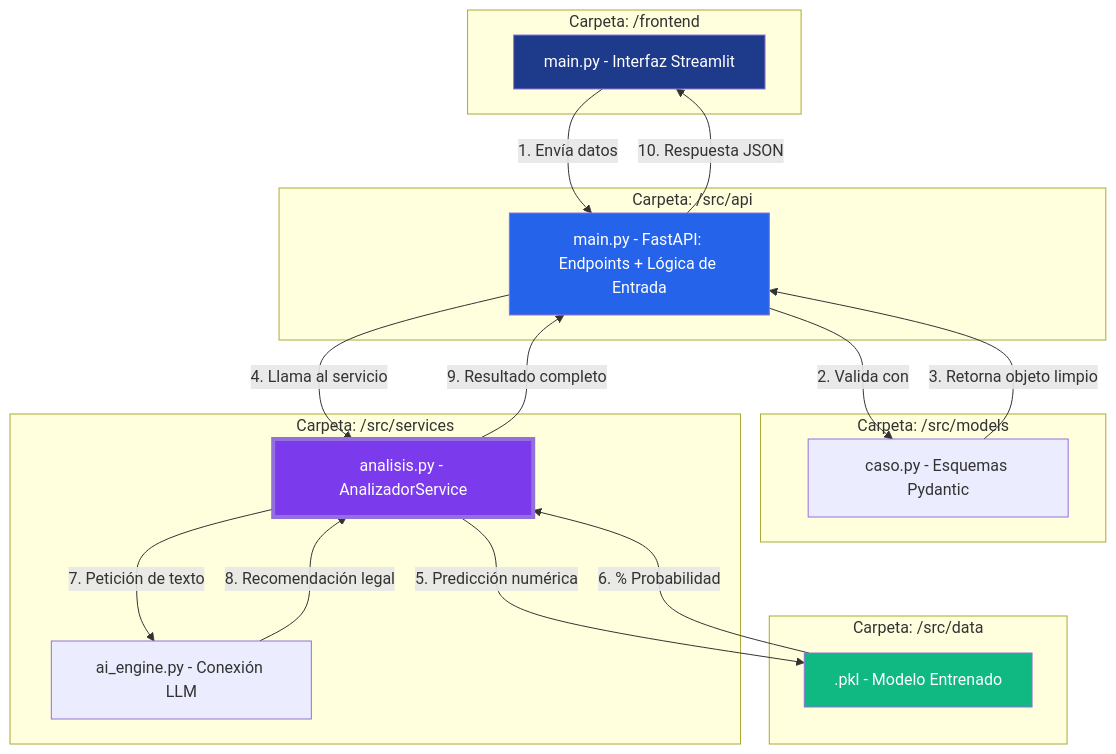
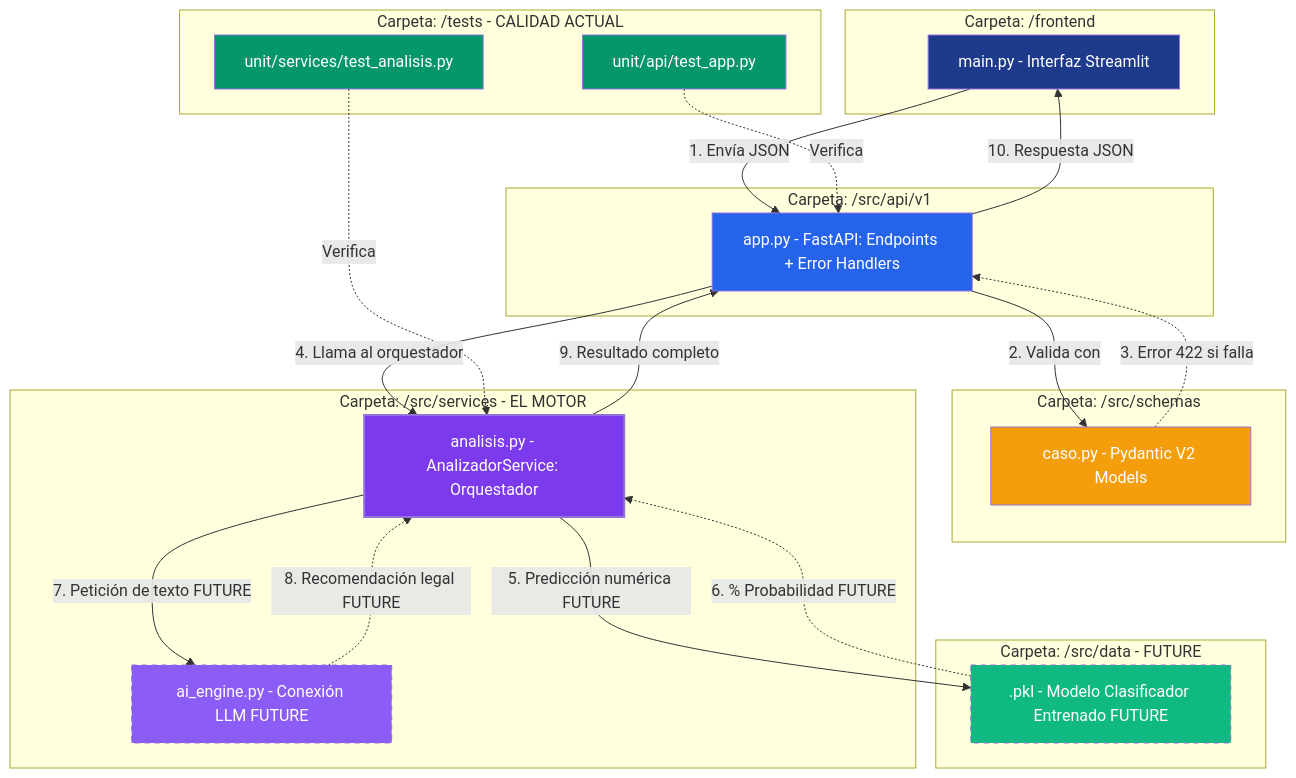
One commit to lmatsan/juezIA changed the diagram in src/README.md. Above: the diagram before and after it, drawn with Mermaid.

Commit message:
Update README.md to reflect API structure changes and enhance flow diagrams

````diff
--- a/src/README.md
+++ b/src/README.md
@@ -21,46 +21,60 @@
 ```mermaid
 graph TD
     subgraph Frontend_App [Carpeta: /frontend]
         UI[main.py - Interfaz Streamlit]
     end
 
-    subgraph API_Layer [Carpeta: /src/api]
-        Main[main.py - FastAPI: Endpoints + Lógica de Entrada]
+    subgraph API_Layer [Carpeta: /src/api/v1]
+        Main[app.py - FastAPI: Endpoints + Error Handlers]
     end
 
-    subgraph Data_Models [Carpeta: /src/models]
-        Pyd[caso.py - Esquemas Pydantic]
+    subgraph Data_Validation [Carpeta: /src/schemas]
+        Pyd[caso.py - Pydantic V2 Models]
     end
 
-    subgraph Business_Logic [Carpeta: /src/services]
-        Service[analisis.py - AnalizadorService]
-        AI[ai_engine.py - Conexión LLM]
+    subgraph Business_Logic [Carpeta: /src/services - EL MOTOR]
+        Service[analisis.py - AnalizadorService: Orquestador]
+        AI[ai_engine.py - Conexión LLM FUTURE]
     end
 
-    subgraph ML_Assets [Carpeta: /src/data]
-        Model[.pkl - Modelo Entrenado]
+    subgraph ML_Assets [Carpeta: /src/data - FUTURE]
+        Model[.pkl - Modelo Clasificador Entrenado FUTURE]
     end
 
-    %% Flujo de ejecución corregido
-    UI -->|1. Envía datos| Main
+    subgraph Quality_Assurance [Carpeta: /tests - CALIDAD ACTUAL]
+        T_API[unit/api/test_app.py]
+        T_SRV[unit/services/test_analisis.py]
+    end
+
+    %% Flujo de ejecución actual y futuro
+    UI -->|1. Envía JSON| Main
     Main -->|2. Valida con| Pyd
-    Pyd -->|3. Retorna objeto limpio| Main
+    Pyd -.->|3. Error 422 si falla| Main
     
-    Main -->|4. Llama al servicio| Service
+    Main -->|4. Llama al orquestador| Service
     
-    %% El "Cuadrado" de Lógica de Negocio
-    Service -->|5. Predicción numérica| Model
-    Model -->|6. % Probabilidad| Service
-    Service -->|7. Petición de texto| AI
-    AI -->|8. Recomendación legal| Service
-    
+    %% --- El "Cuadrado" de Lógica de Negocio y ML ---
+    Service -->|5. Predicción numérica FUTURE| Model
+    Model -.->|6. % Probabilidad FUTURE| Service
+    Service -->|7. Petición de texto FUTURE| AI
+    AI -.->|8. Recomendación legal FUTURE| Service
+    %% ------------------------------------------------
+
     %% Cierre del ciclo
     Service -->|9. Resultado completo| Main
     Main -->|10. Respuesta JSON| UI
 
-    %% Estética
+    %% Relación de Tests (Blindaje actual)
+    T_API -.->|Verifica| Main
+    T_SRV -.->|Verifica| Service
+
+    %% Estética y Leyenda
     style UI fill:#1E3A8A,color:#fff
     style Main fill:#2563EB,color:#fff
-    style Service fill:#7C3AED,color:#fff,stroke-width:4px
-    style Model fill:#10B981,color:#fff
+    style Service fill:#7C3AED,color:#fff,stroke-width:2px
+    style Model fill:#10B981,color:#fff,stroke-dasharray: 5 5
+    style AI fill:#8B5CF6,color:#fff,stroke-dasharray: 5 5
+    style T_API fill:#059669,color:#fff
+    style T_SRV fill:#059669,color:#fff
+    style Pyd fill:#F59E0B,color:#fff
 ```
````
